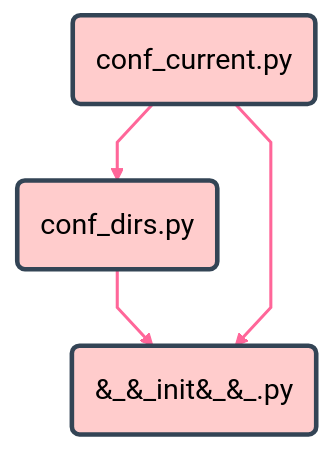
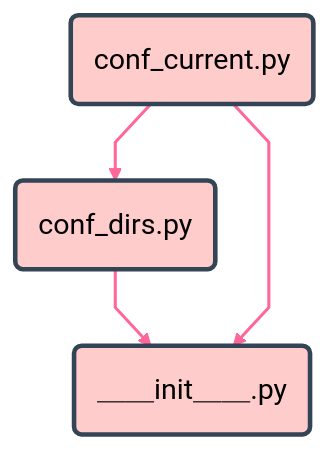
Before and after one commit to nyosak/article-base-doc: the third of 6 diagrams in docs/a/70530_publish_zenn_qiita.md, drawn with Mermaid. The commit also changed other lines of this file, not shown here.

````diff
--- a/docs/a/70530_publish_zenn_qiita.md
+++ b/docs/a/70530_publish_zenn_qiita.md
@@ -481,22 +481,22 @@
 ```mermaid
 %%{init:
 	{
 		"theme": "forest",
 		"logLevel": 2,
 		"flowchart": { "curve": "linear" }
 	}
 }%%
 
 flowchart TB
 
-init_py("&#95;&#95;init&#95;&#95;.py")
+init_py("＿＿init＿＿.py")
 conf_dirs(conf_dirs.py)
 conf_current(conf_current.py)
 
 conf_current --> conf_dirs --> init_py
 conf_current ---> init_py
 
 linkStyle default color:#936, stroke:#f69, stroke-width:2px;
 classDef default fill:#fcc, stroke:#345, stroke-width:3px, font-size:14pt;
 
 ```
````
